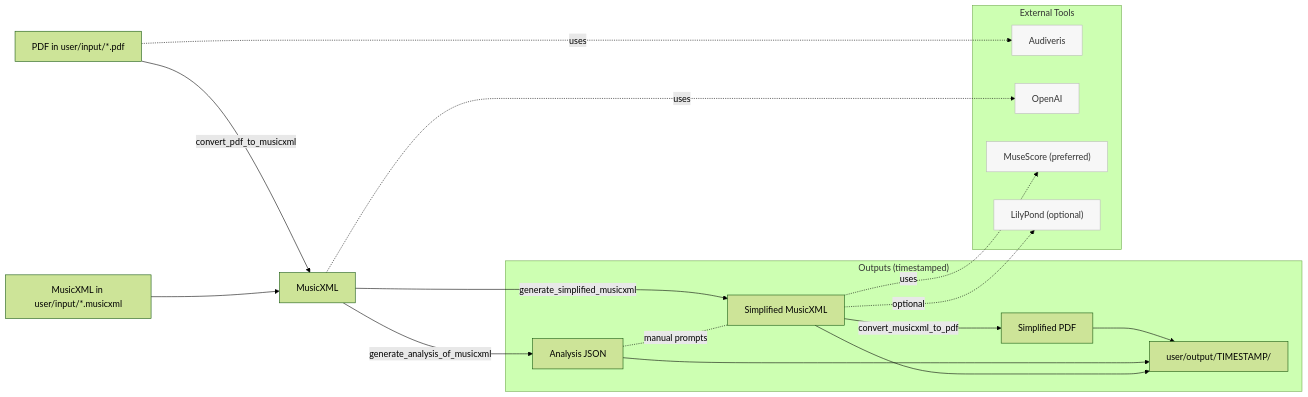
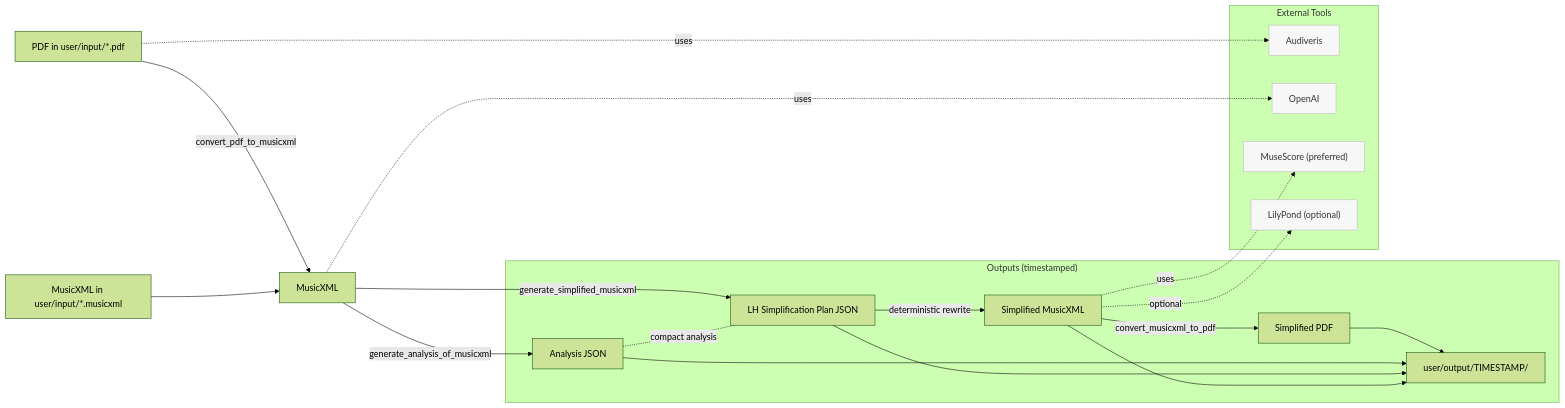
The diagram in README.md (robert-7/piano-sheet-music-simplifier), drawn with Mermaid (forest theme) before and after one commit. The commit also changed other lines of this file and 11 other files, not shown here.

````diff
--- a/README.md
+++ b/README.md
@@ -11,44 +11,46 @@
 ```mermaid
 flowchart LR
     %% Inputs
     A1[PDF in user/input/*.pdf]
     A2[MusicXML in user/input/*.musicxml]
 
     %% Conversion: PDF -> MusicXML (Audiveris)
     A1 -- convert_pdf_to_musicxml --> B[MusicXML]
 
     %% Direct MusicXML path
     A2 --> B
 
     %% Analyze MusicXML
     B -- generate_analysis_of_musicxml --> C[Analysis JSON]
 
     %% Simplify MusicXML
-    B -- generate_simplified_musicxml --> D[Simplified MusicXML]
-    C -. manual prompts .- D
+    B -- generate_simplified_musicxml --> P[LH Simplification Plan JSON]
+    C -. compact analysis .- P
+    P -- deterministic rewrite --> D[Simplified MusicXML]
 
     %% Render to PDF
     D -- convert_musicxml_to_pdf --> E[Simplified PDF]
 
     %% Outputs
     subgraph "Outputs (timestamped)"
         E --> O1[user/output/TIMESTAMP/]
         C --> O1
+        P --> O1
         D --> O1
     end
 
     %% External tools (behind the commands)
     classDef ext fill:#f7f7f7,stroke:#bbb,color:#333;
     subgraph External Tools
         W[Audiveris]:::ext
         X[OpenAI]:::ext
         Y["MuseScore (preferred)"]:::ext
         Z["LilyPond (optional)"]:::ext
     end
 
     %% Show tool involvement (informational)
     A1 -. uses .-> W
     B  -. uses .-> X
     D  -. uses .-> Y
     D  -. optional .-> Z
 ```
````
